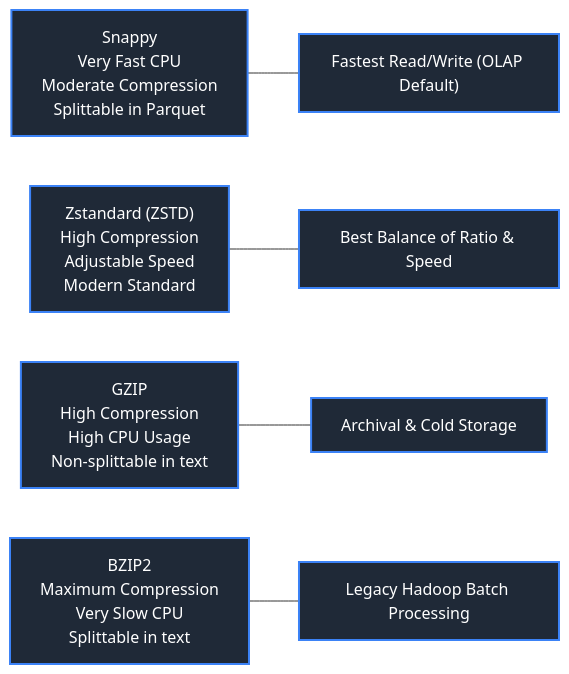
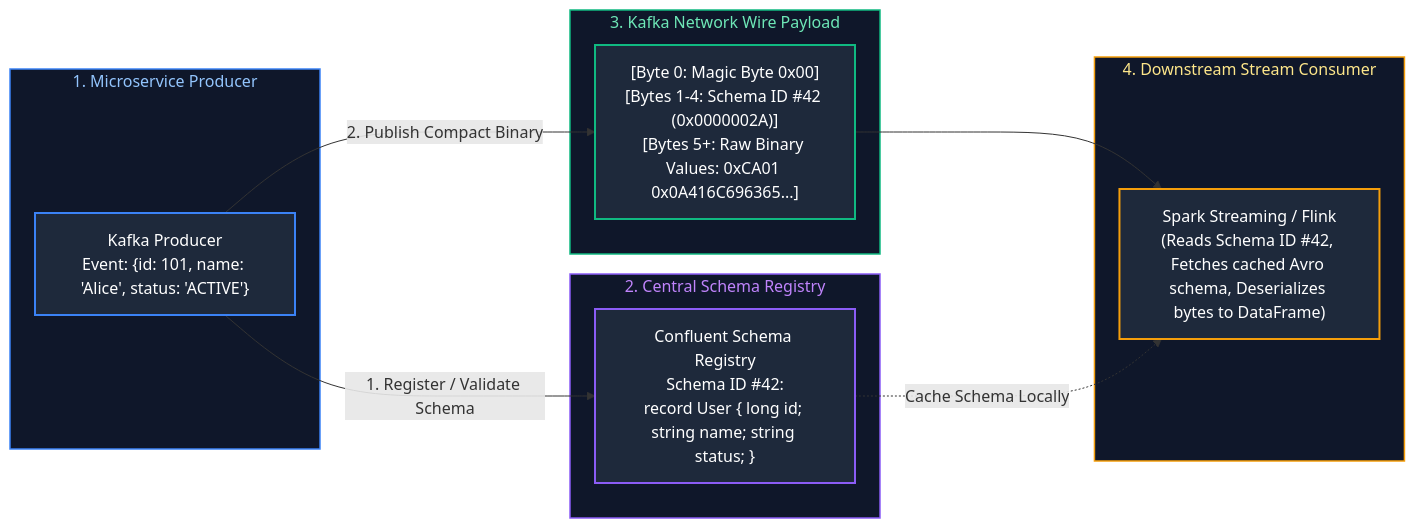
Before and after one commit to joydeep-biswas/Interview-Preparation: the sixth of 11 diagrams in Data Engineering/07_file_formats_and_storage.md, drawn with Mermaid. The commit also changed other lines of this file and 143 other files, not shown here.

````diff
--- a/Data Engineering/07_file_formats_and_storage.md
+++ b/Data Engineering/07_file_formats_and_storage.md
@@ -337,21 +378,32 @@
 ```mermaid
 flowchart LR
-    Snappy["Snappy<br/>Very Fast CPU<br/>Moderate Compression<br/>Splittable in Parquet"]
-    ZSTD["Zstandard (ZSTD)<br/>High Compression<br/>Adjustable Speed<br/>Modern Standard"]
-    GZIP["GZIP<br/>High Compression<br/>High CPU Usage<br/>Non-splittable in text"]
-    BZIP2["BZIP2<br/>Maximum Compression<br/>Very Slow CPU<br/>Splittable in text"]
+    subgraph ProducerTier ["1. Microservice Producer"]
+        Producer["Kafka Producer<br/>Event: {id: 101, name: 'Alice', status: 'ACTIVE'}"]
+    end
 
-    Snappy --- Speed["Fastest Read/Write (OLAP Default)"]
-    ZSTD --- Balanced["Best Balance of Ratio & Speed"]
-    GZIP --- Cold["Archival & Cold Storage"]
-    BZIP2 --- Batch["Legacy Hadoop Batch Processing"]
+    subgraph RegistryTier ["2. Central Schema Registry"]
+        Registry["Confluent Schema Registry<br/>Schema ID #42:<br/>record User { long id; string name; string status; }"]
+    end
 
-    style Snappy fill:#1f2937,stroke:#3b82f6,stroke-width:2px,color:#fff
-    style ZSTD fill:#1f2937,stroke:#3b82f6,stroke-width:2px,color:#fff
-    style GZIP fill:#1f2937,stroke:#3b82f6,stroke-width:2px,color:#fff
-    style BZIP2 fill:#1f2937,stroke:#3b82f6,stroke-width:2px,color:#fff
-    style Speed fill:#1f2937,stroke:#3b82f6,stroke-width:2px,color:#fff
-    style Balanced fill:#1f2937,stroke:#3b82f6,stroke-width:2px,color:#fff
-    style Cold fill:#1f2937,stroke:#3b82f6,stroke-width:2px,color:#fff
-    style Batch fill:#1f2937,stroke:#3b82f6,stroke-width:2px,color:#fff
+    subgraph WireFormat ["3. Kafka Network Wire Payload"]
+        Payload["[Byte 0: Magic Byte 0x00]<br/>[Bytes 1-4: Schema ID #42 (0x0000002A)]<br/>[Bytes 5+: Raw Binary Values: 0xCA01 0x0A416C696365...]"]
+    end
+
+    subgraph ConsumerTier ["4. Downstream Stream Consumer"]
+        Consumer["Spark Streaming / Flink<br/>(Reads Schema ID #42, Fetches cached Avro schema, Deserializes bytes to DataFrame)"]
+    end
+
+    Producer -->|"1. Register / Validate Schema"| Registry
+    Producer -->|"2. Publish Compact Binary"| Payload
+    Payload --> Consumer
+    Registry -.->|"Cache Schema Locally"| Consumer
+
+    style ProducerTier fill:#0f172a,stroke:#3b82f6,stroke-width:1.5px,color:#93c5fd
+    style RegistryTier fill:#0f172a,stroke:#8b5cf6,stroke-width:1.5px,color:#c084fc
+    style WireFormat fill:#0f172a,stroke:#10b981,stroke-width:1.5px,color:#6ee7b7
+    style ConsumerTier fill:#0f172a,stroke:#f59e0b,stroke-width:1.5px,color:#fde68a
+    style Producer fill:#1e293b,stroke:#3b82f6,stroke-width:2px,color:#fff
+    style Registry fill:#1e293b,stroke:#8b5cf6,stroke-width:2px,color:#fff
+    style Payload fill:#1e293b,stroke:#10b981,stroke-width:2px,color:#fff
+    style Consumer fill:#1e293b,stroke:#f59e0b,stroke-width:2px,color:#fff
 ```
````
